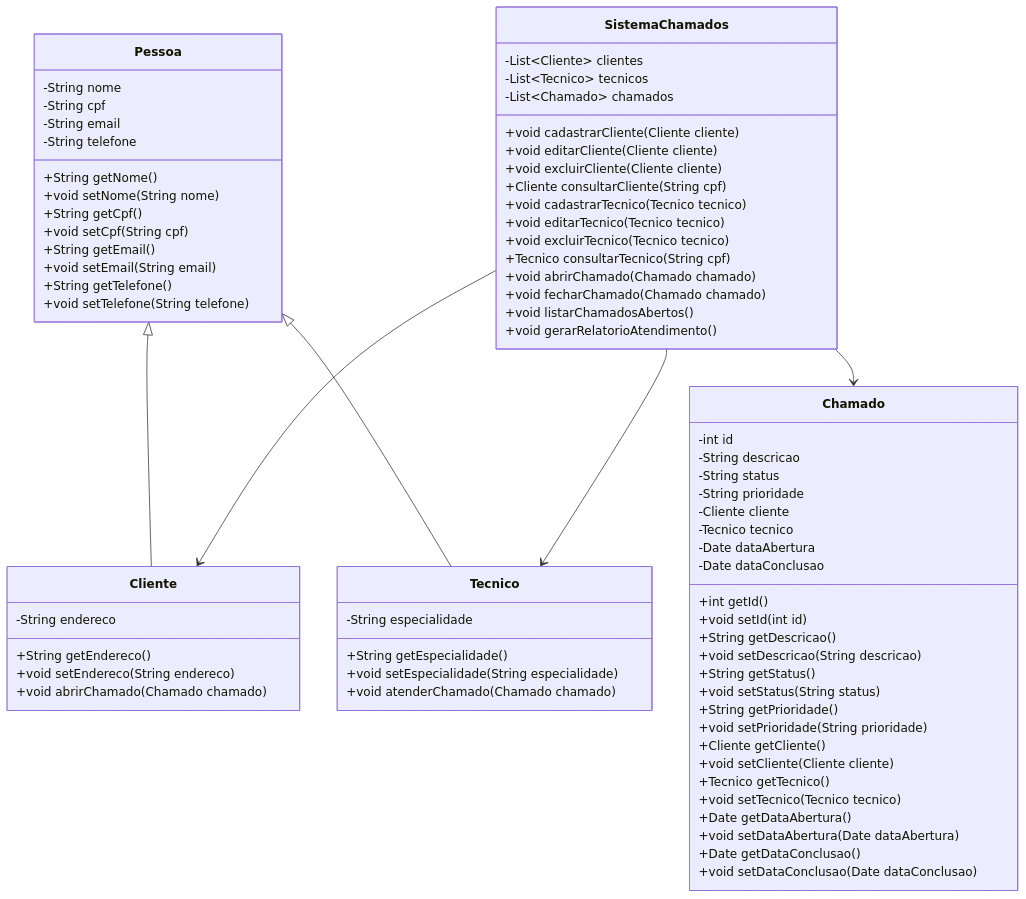
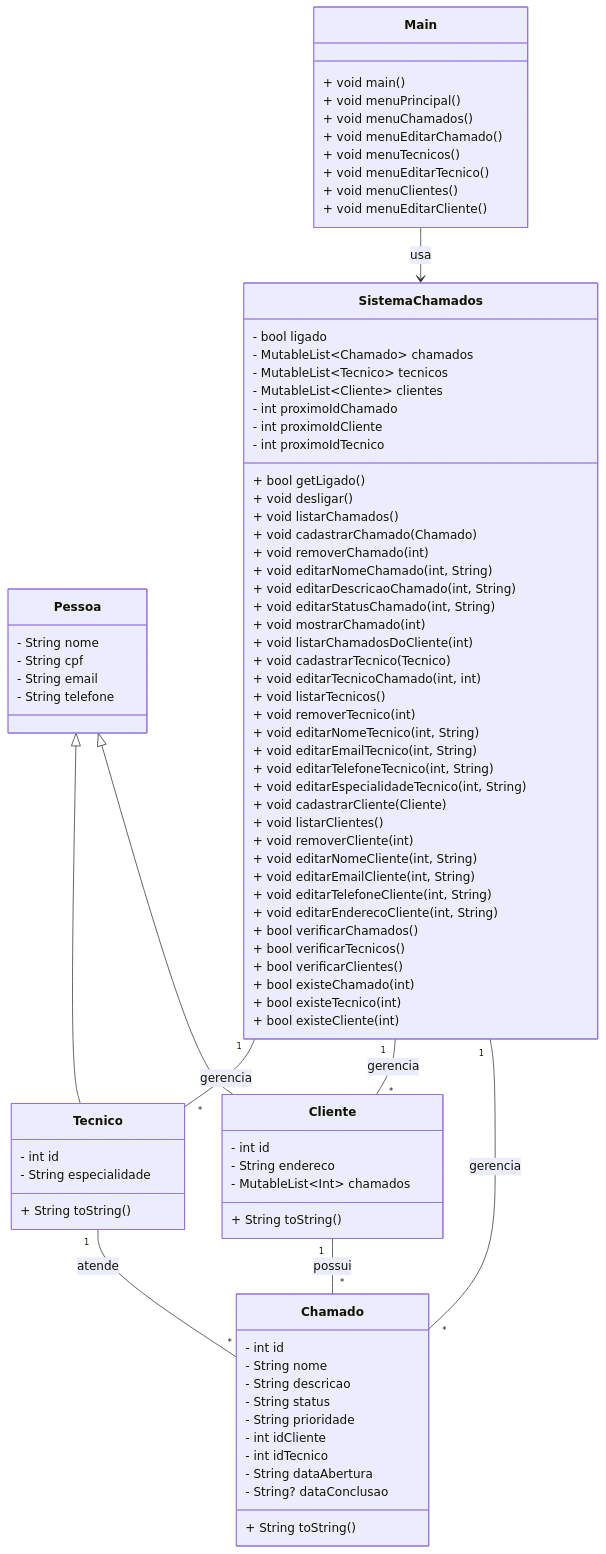
Before and after one commit to marioluizguimaraes/Sistema-de-Controle-de-Chamados-Tecnicos: the diagram in README.md, drawn with Mermaid.

````diff
--- a/README.md
+++ b/README.md
@@ -113,82 +113,96 @@
 ```mermaid
 classDiagram
     class Pessoa {
-        -String nome
-        -String cpf
-        -String email
-        -String telefone
-        +String getNome()
-        +void setNome(String nome)
-        +String getCpf()
-        +void setCpf(String cpf)
-        +String getEmail()
-        +void setEmail(String email)
-        +String getTelefone()
-        +void setTelefone(String telefone)
+        - String nome
+        - String cpf
+        - String email
+        - String telefone
     }
 
     class Cliente {
-        -String endereco
-        +String getEndereco()
-        +void setEndereco(String endereco)
-        +void abrirChamado(Chamado chamado)
+        - int id
+        - String endereco
+        - MutableList~Int~ chamados
+        + String toString()
     }
 
     class Tecnico {
-        -String especialidade
-        +String getEspecialidade()
-        +void setEspecialidade(String especialidade)
-        +void atenderChamado(Chamado chamado)
+        - int id
+        - String especialidade
+        + String toString()
     }
 
     class Chamado {
-        -int id
-        -String descricao
-        -String status
-        -String prioridade
-        -Cliente cliente
-        -Tecnico tecnico
-        -Date dataAbertura
-        -Date dataConclusao
-        +int getId()
-        +void setId(int id)
-        +String getDescricao()
-        +void setDescricao(String descricao)
-        +String getStatus()
-        +void setStatus(String status)
-        +String getPrioridade()
-        +void setPrioridade(String prioridade)
-        +Cliente getCliente()
-        +void setCliente(Cliente cliente)
-        +Tecnico getTecnico()
-        +void setTecnico(Tecnico tecnico)
-        +Date getDataAbertura()
-        +void setDataAbertura(Date dataAbertura)
-        +Date getDataConclusao()
-        +void setDataConclusao(Date dataConclusao)
+        - int id
+        - String nome
+        - String descricao
+        - String status
+        - String prioridade
+        - int idCliente
+        - int idTecnico
+        - String dataAbertura
+        - String? dataConclusao
+        + String toString()
     }
 
     class SistemaChamados {
-        -List~Cliente~ clientes
-        -List~Tecnico~ tecnicos
-        -List~Chamado~ chamados
-        +void cadastrarCliente(Cliente cliente)
-        +void editarCliente(Cliente cliente)
-        +void excluirCliente(Cliente cliente)
-        +Cliente consultarCliente(String cpf)
-        +void cadastrarTecnico(Tecnico tecnico)
-        +void editarTecnico(Tecnico tecnico)
-        +void excluirTecnico(Tecnico tecnico)
-        +Tecnico consultarTecnico(String cpf)
-        +void abrirChamado(Chamado chamado)
-        +void fecharChamado(Chamado chamado)
-        +void listarChamadosAbertos()
-        +void gerarRelatorioAtendimento()
+        - bool ligado
+        - MutableList~Chamado~ chamados
+        - MutableList~Tecnico~ tecnicos
+        - MutableList~Cliente~ clientes
+        - int proximoIdChamado
+        - int proximoIdCliente
+        - int proximoIdTecnico
+        + bool getLigado()
+        + void desligar()
+        + void listarChamados()
+        + void cadastrarChamado(Chamado)
+        + void removerChamado(int)
+        + void editarNomeChamado(int, String)
+        + void editarDescricaoChamado(int, String)
+        + void editarStatusChamado(int, String)
+        + void mostrarChamado(int)
+        + void listarChamadosDoCliente(int)
+        + void cadastrarTecnico(Tecnico)
+        + void editarTecnicoChamado(int, int)
+        + void listarTecnicos()
+        + void removerTecnico(int)
+        + void editarNomeTecnico(int, String)
+        + void editarEmailTecnico(int, String)
+        + void editarTelefoneTecnico(int, String)
+        + void editarEspecialidadeTecnico(int, String)
+        + void cadastrarCliente(Cliente)
+        + void listarClientes()
+        + void removerCliente(int)
+        + void editarNomeCliente(int, String)
+        + void editarEmailCliente(int, String)
+        + void editarTelefoneCliente(int, String)
+        + void editarEnderecoCliente(int, String)
+        + bool verificarChamados()
+        + bool verificarTecnicos()
+        + bool verificarClientes()
+        + bool existeChamado(int)
+        + bool existeTecnico(int)
+        + bool existeCliente(int)
+    }
+
+    class Main {
+        + void main()
+        + void menuPrincipal()
+        + void menuChamados()
+        + void menuEditarChamado()
+        + void menuTecnicos()
+        + void menuEditarTecnico()
+        + void menuClientes()
+        + void menuEditarCliente()
     }
 
     Pessoa <|-- Cliente
     Pessoa <|-- Tecnico
-    SistemaChamados --> Cliente
-    SistemaChamados --> Tecnico
-    SistemaChamados --> Chamado
+    SistemaChamados "1" -- "*" Chamado : gerencia
+    SistemaChamados "1" -- "*" Cliente : gerencia
+    SistemaChamados "1" -- "*" Tecnico : gerencia
+    Cliente "1" -- "*" Chamado : possui
+    Tecnico "1" -- "*" Chamado : atende
+    Main --> SistemaChamados : usa
 ```
````
